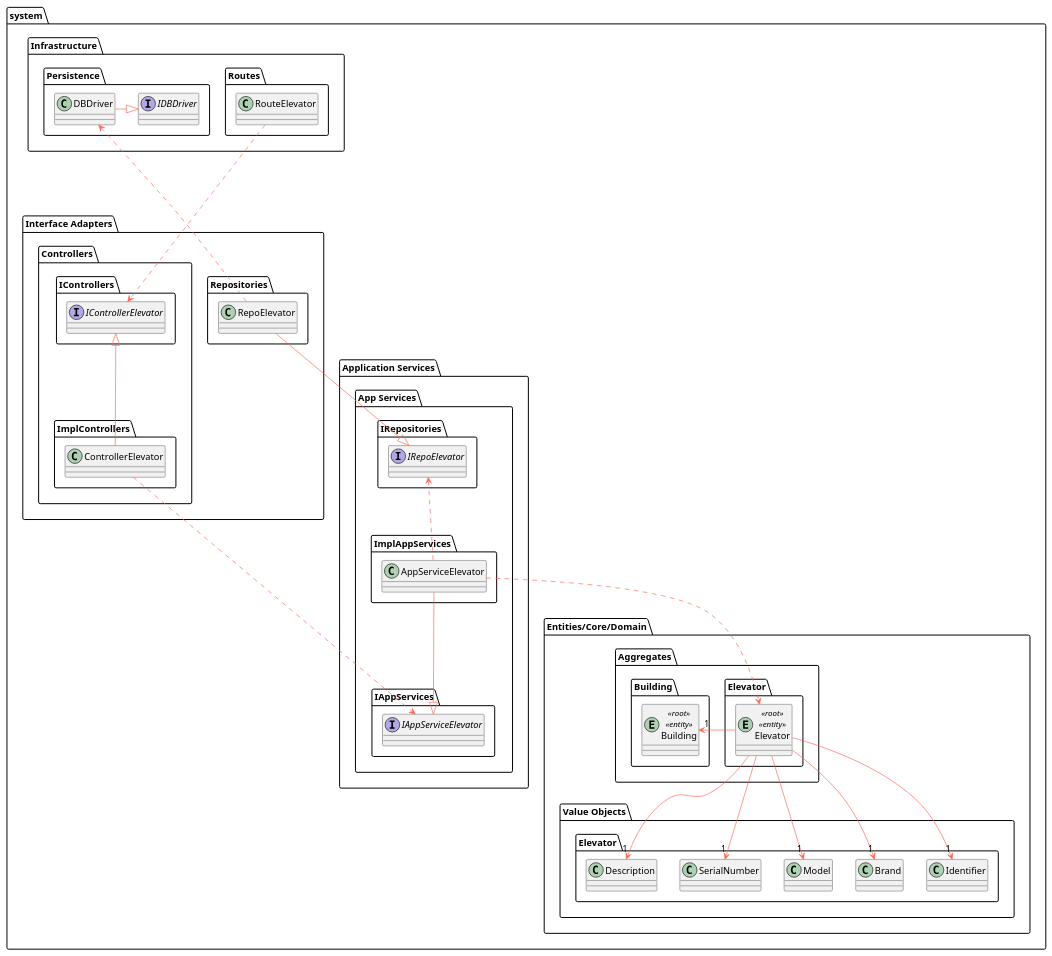
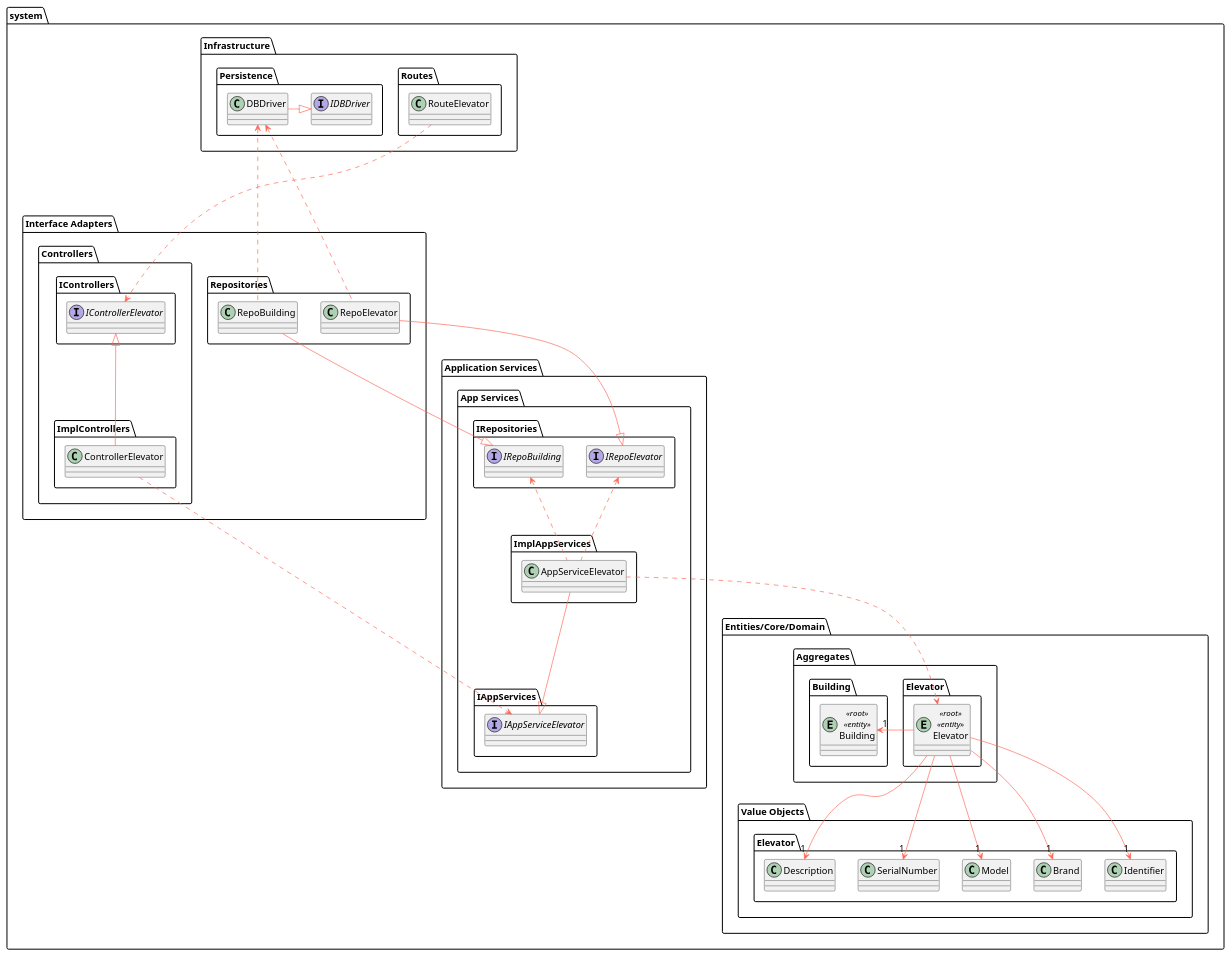
Before and after one commit to Departamento-de-Engenharia-Informatica/lapr5-23-24-g19: the diagram in docs/us290/level3/class-diagram.puml, drawn with PlantUML. The commit also changed 6 other files, not shown here.

Commit message:
docs(us280,290): lvl1,lvl2,lvl3, class diagram and view-processes updated

```diff
--- a/docs/us290/level3/class-diagram.puml
+++ b/docs/us290/level3/class-diagram.puml
@@ -1,120 +1,120 @@
 @startuml
 
 skinparam component {
     FontSize 16
     BackgroundColor<<Apache>> LightCoral
     BorderColor<<Apache>> #FF6655
     FontName Courier
     BorderColor black
     BackgroundColor DeepSkyBlue
     ArrowFontName Impact
     ArrowColor #FF6655
 }
 
 package system {
     package "Infrastructure" {
         package "Routes" {
             class RouteElevator
         }
 
         package "Persistence" {
             interface IDBDriver
             class DBDriver
         }
 
         DBDriver -right-|> IDBDriver
     }
 
     package "Interface Adapters" {
         package "Controllers" {
             package "IControllers" {
                 interface IControllerElevator
             }
 
             package "ImplControllers" {
                 class ControllerElevator
             }
             ControllerElevator -up-|> IControllerElevator
         }
 
         package "Repositories" {
-
+            class RepoBuilding
             class RepoElevator
         }
 
-
+        RepoBuilding .up.> DBDriver
         RepoElevator .up.> DBDriver
 
         RouteElevator ....> IControllerElevator
     }
 
     package "Application Services" {
         package "App Services" {
             package "IAppServices" {
                 interface IAppServiceElevator
             }
 
             package "ImplAppServices" {
                 class AppServiceElevator
             }
 
             AppServiceElevator --|> IAppServiceElevator
 
             package "IRepositories" {
-
+                interface IRepoBuilding
                 interface IRepoElevator
             }
 
-
+            RepoBuilding --|> IRepoBuilding
             RepoElevator --|> IRepoElevator
         }
 
         ControllerElevator ..> IAppServiceElevator
 
-
+        AppServiceElevator .up.> IRepoBuilding
         AppServiceElevator .up.> IRepoElevator
     }
 
     package "Entities/Core/Domain" {
         package "Aggregates" {
 
             package "Elevator" as a_elevator {
                 entity Elevator <<root>> <<entity>>
             }
 
             package "Building" as a_building {
                 entity Building <<root>> <<entity>>
             }
 
 
         }
 
         package "Value Objects" {
             package "Elevator" as vo_elevator {
                 class Identifier
                 class Brand
                 class Model
                 class SerialNumber
                 class Description
 
             }
         }
 
 
         Elevator --> "1" Identifier
         Elevator --> "1" Brand
         Elevator --> "1" Model
         Elevator --> "1" SerialNumber
         Elevator --> "1" Description
 
         Elevator -left-> "1" Building
 
 
         AppServiceElevator ..> Elevator
 
         'package "Services" {
         '}
     }
 }
 
 @enduml
```
